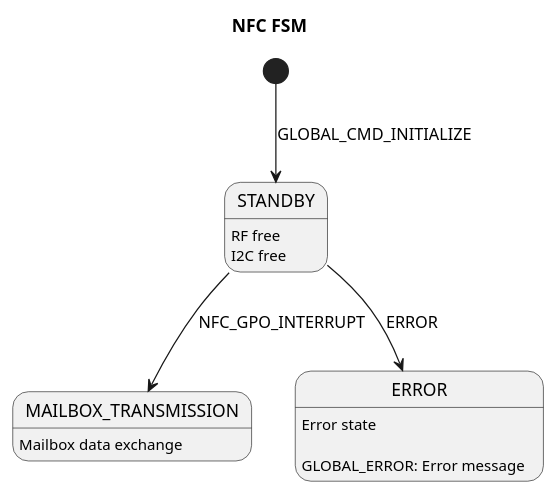
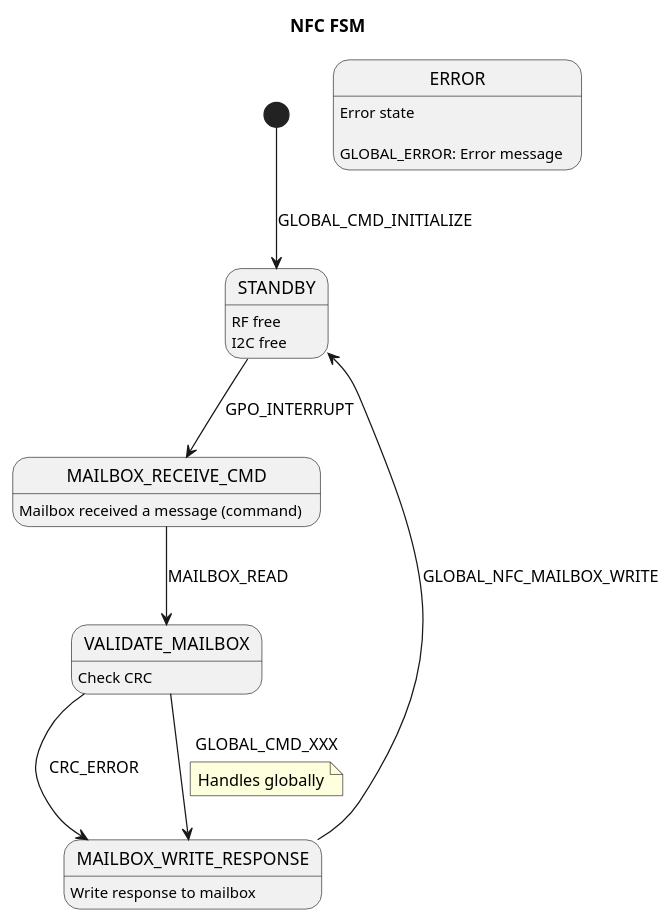
One commit to polesskiy-dev/iot-risk-logger-stm32l4 changed the diagram in firmware/iot-risk-logger-stm32l4/app/tasks/nfc/README.md. Above: the diagram before and after it, drawn with PlantUML. The commit also changed other lines of this file and 31 other files, not shown here.

````diff
--- a/firmware/iot-risk-logger-stm32l4/app/tasks/nfc/README.md
+++ b/firmware/iot-risk-logger-stm32l4/app/tasks/nfc/README.md
@@ -10,14 +28,26 @@
 ```plantuml
 @startuml
 title NFC FSM
 hide empty description
 
 STANDBY: RF free\nI2C free
-MAILBOX_TRANSMISSION: Mailbox data exchange
+MAILBOX_RECEIVE_CMD: Mailbox received a message (command)
+VALIDATE_MAILBOX: Check CRC 
+MAILBOX_WRITE_RESPONSE: Write response to mailbox
 ERROR: Error state\n\nGLOBAL_ERROR: Error message
 
 [*] --> STANDBY : GLOBAL_CMD_INITIALIZE
-STANDBY --> MAILBOX_TRANSMISSION : NFC_GPO_INTERRUPT
-STANDBY --> ERROR : ERROR
+STANDBY --> MAILBOX_RECEIVE_CMD : GPO_INTERRUPT
+
+MAILBOX_RECEIVE_CMD --> VALIDATE_MAILBOX : MAILBOX_READ
+
+VALIDATE_MAILBOX --> MAILBOX_WRITE_RESPONSE: CRC_ERROR
+VALIDATE_MAILBOX --> MAILBOX_WRITE_RESPONSE: GLOBAL_CMD_XXX
+note on link
+    Handles globally
+end note
+
+MAILBOX_WRITE_RESPONSE --> STANDBY: GLOBAL_NFC_MAILBOX_WRITE
+
 @enduml
 ```
````
